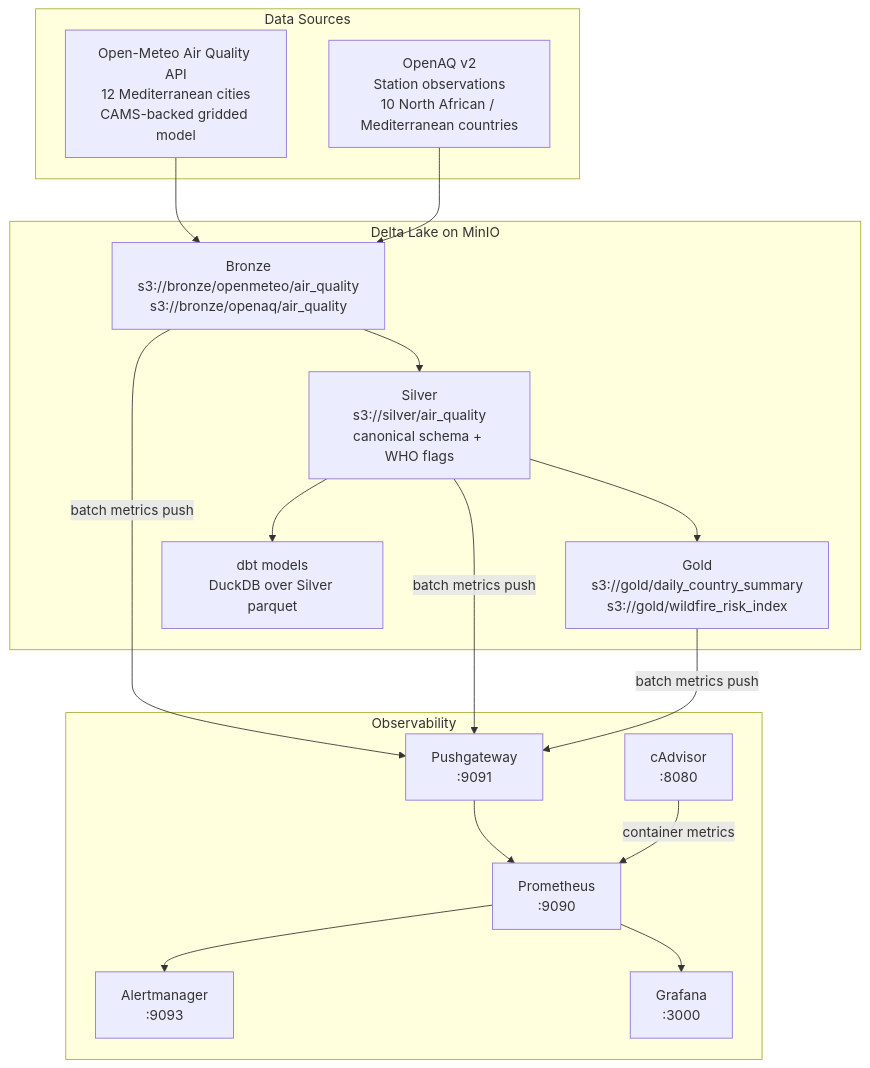
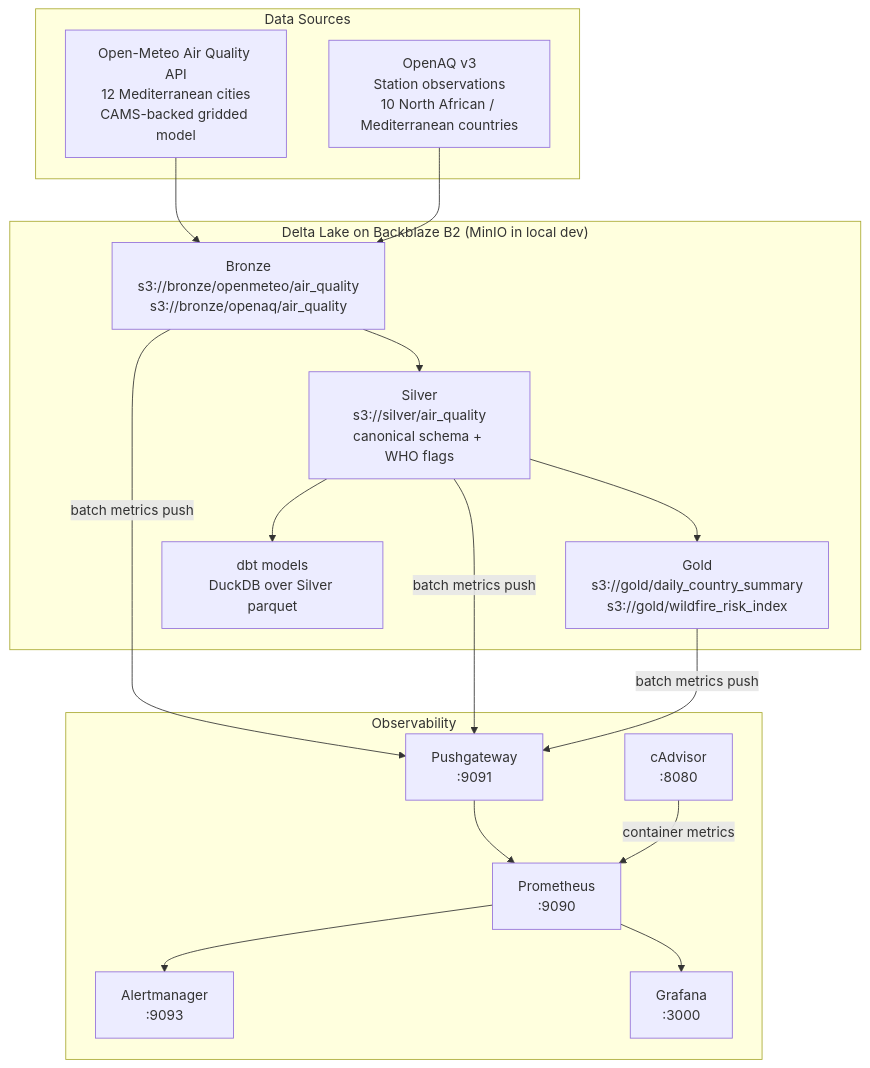
One commit to ReguiguiMohamed/MediterraneanWillForge changed the diagram in docs/architecture.md. Above: the diagram before and after it, drawn with Mermaid. The commit also changed other lines of this file and 1 other file, not shown here.

First line of the commit message:
docs: update README and architecture.md to reflect v1.3.0 state

````diff
--- a/docs/architecture.md
+++ b/docs/architecture.md
@@ -10,33 +10,33 @@
 ```mermaid
 flowchart TD
     subgraph sources["Data Sources"]
         OM["Open-Meteo Air Quality API\n12 Mediterranean cities\nCAMS-backed gridded model"]
-        OA["OpenAQ v2\nStation observations\n10 North African / Mediterranean countries"]
+        OA["OpenAQ v3\nStation observations\n10 North African / Mediterranean countries"]
     end
 
-    subgraph lake["Delta Lake on MinIO"]
+    subgraph lake["Delta Lake on Backblaze B2 (MinIO in local dev)"]
         BR["Bronze\ns3://bronze/openmeteo/air_quality\ns3://bronze/openaq/air_quality"]
         SI["Silver\ns3://silver/air_quality\ncanonical schema + WHO flags"]
         GO["Gold\ns3://gold/daily_country_summary\ns3://gold/wildfire_risk_index"]
         DBT["dbt models\nDuckDB over Silver parquet"]
     end
 
     subgraph obs["Observability"]
         PG["Pushgateway\n:9091"]
         PR["Prometheus\n:9090"]
         AM["Alertmanager\n:9093"]
         GF["Grafana\n:3000"]
         CA["cAdvisor\n:8080"]
     end
 
     OM --> BR
     OA --> BR
     BR --> SI
     SI --> GO
     SI --> DBT
     BR & SI & GO -->|"batch metrics push"| PG
     PG --> PR
     CA -->|"container metrics"| PR
     PR --> AM
     PR --> GF
 ```
````
